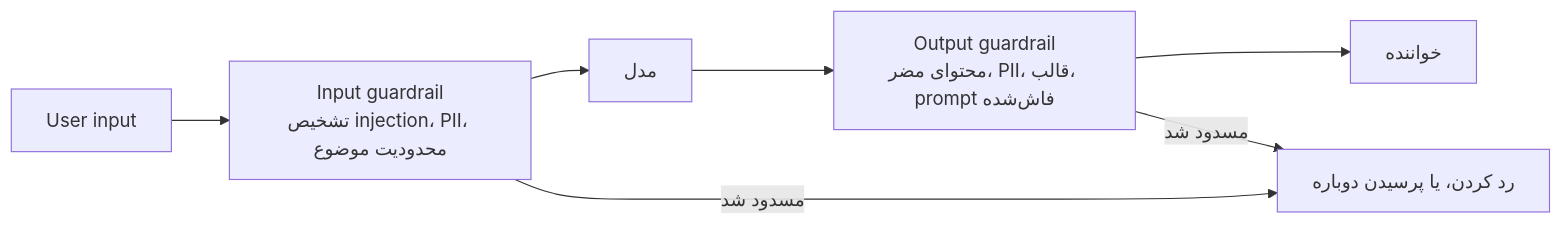
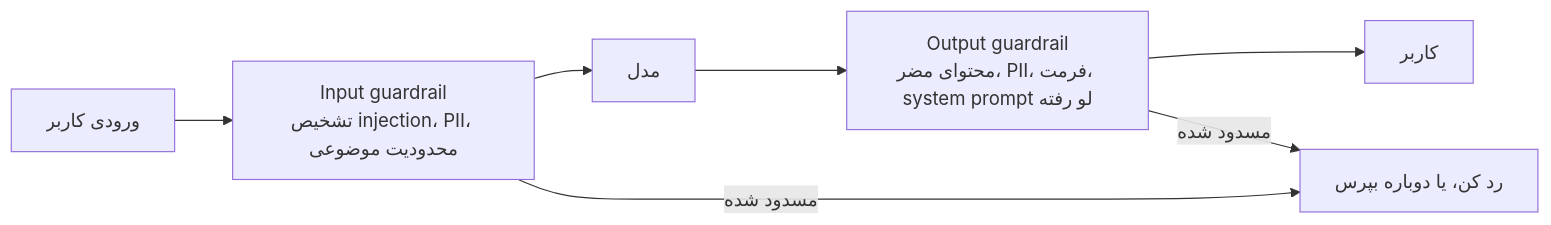
One commit to lokumai/ai-engineering-bazaar changed the first of 2 diagrams in mini-courses/2_intermediate/security_fa.md. Above: the diagram before and after it, drawn with Mermaid. The commit also changed other lines of this file and 63 other files, not shown here.

````diff
--- a/mini-courses/2_intermediate/security_fa.md
+++ b/mini-courses/2_intermediate/security_fa.md
@@ -63,9 +61,9 @@
 ```mermaid
 graph LR
-    A["User input"] --> B["Input guardrail<br/>تشخیص injection، PII، محدودیت موضوع"]
+    A["ورودی کاربر"] --> B["Input guardrail<br/>تشخیص injection، PII، محدودیت موضوعی"]
     B --> C["مدل"]
-    C --> D["Output guardrail<br/>محتوای مضر، PII، قالب، prompt فاش‌شده"]
-    D --> E["خواننده"]
-    B -->|مسدود شد| F["رد کردن، یا پرسیدن دوباره"]
-    D -->|مسدود شد| F
+    C --> D["Output guardrail<br/>محتوای مضر، PII، فرمت، system prompt لو رفته"]
+    D --> E["کاربر"]
+    B -->|مسدود شده| F["رد کن، یا دوباره بپرس"]
+    D -->|مسدود شده| F
 ```
````
